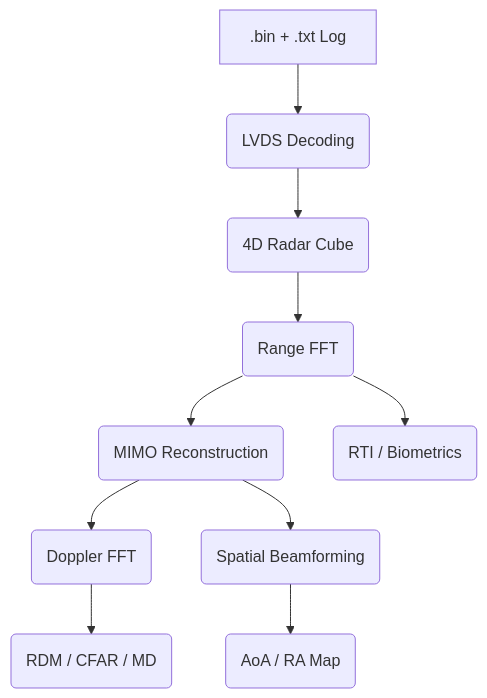
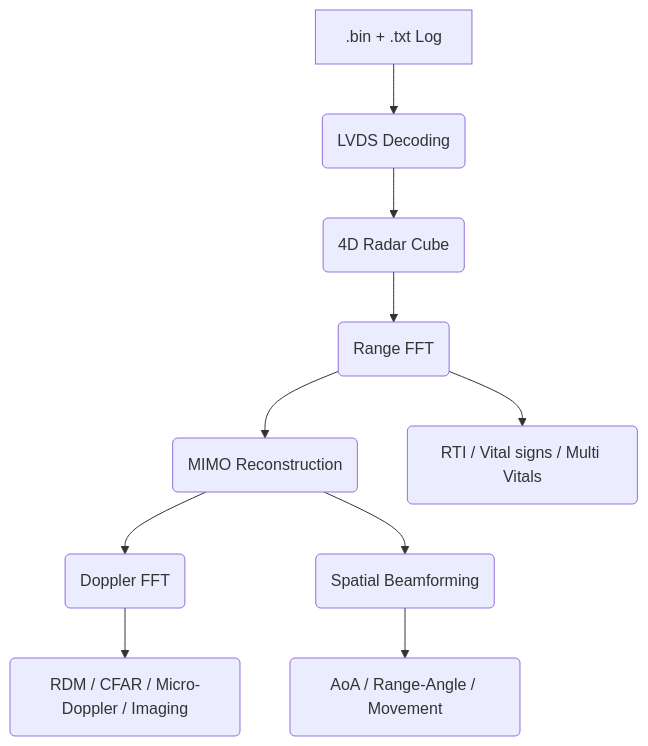
The diagram in readme.md (HealthLabVSB/DARTscope), drawn with Mermaid before and after one commit. The commit also changed other lines of this file and 147 other files, not shown here.

````diff
--- a/readme.md
+++ b/readme.md
@@ -180,12 +121,12 @@
 ```mermaid
 graph TD
     A[.bin + .txt Log] --> B(LVDS Decoding)
     B --> C(4D Radar Cube)
     C --> D(Range FFT)
     D --> E(MIMO Reconstruction)
     E --> F(Doppler FFT)
-    F --> G(RDM / CFAR / MD)
+    F --> G(RDM / CFAR / Micro-Doppler / Imaging)
     E --> H(Spatial Beamforming)
-    H --> I(AoA / RA Map)
-    D --> J(RTI / Biometrics)
+    H --> I(AoA / Range-Angle / Movement)
+    D --> J(RTI / Vital signs / Multi Vitals)
 ```
````
